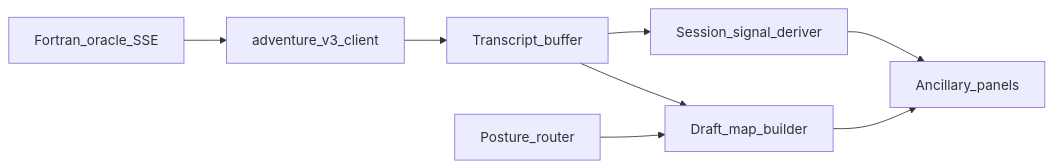
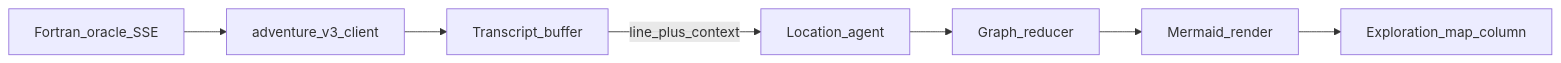
The diagram in .work-items/adventure-v3/design-agentic-mvp.md (betsalel-williamson/adventure), drawn with Mermaid before and after one commit. The commit also changed other lines of this file and 44 other files, not shown here.

First line of the commit message:
feat(adventure-v3): implement exploration map and update assist functionality

````diff
--- a/.work-items/adventure-v3/design-agentic-mvp.md
+++ b/.work-items/adventure-v3/design-agentic-mvp.md
@@ -13,17 +13,16 @@
 ```mermaid
 flowchart LR
   oracle[Fortran_oracle_SSE]
   client[adventure_v3_client]
   buffer[Transcript_buffer]
-  sense[Session_signal_deriver]
-  posture[Posture_router]
-  mapgen[Draft_map_builder]
-  panel[Ancillary_panels]
+  agent[Location_agent]
+  reducer[Graph_reducer]
+  mermaid[Mermaid_render]
+  mapCol[Exploration_map_column]
   oracle --> client
   client --> buffer
-  buffer --> sense
-  sense --> panel
-  posture --> mapgen
-  buffer --> mapgen
-  mapgen --> panel
+  buffer -->|"line_plus_context"| agent
+  agent --> reducer
+  reducer --> mermaid
+  mermaid --> mapCol
 ```
````
